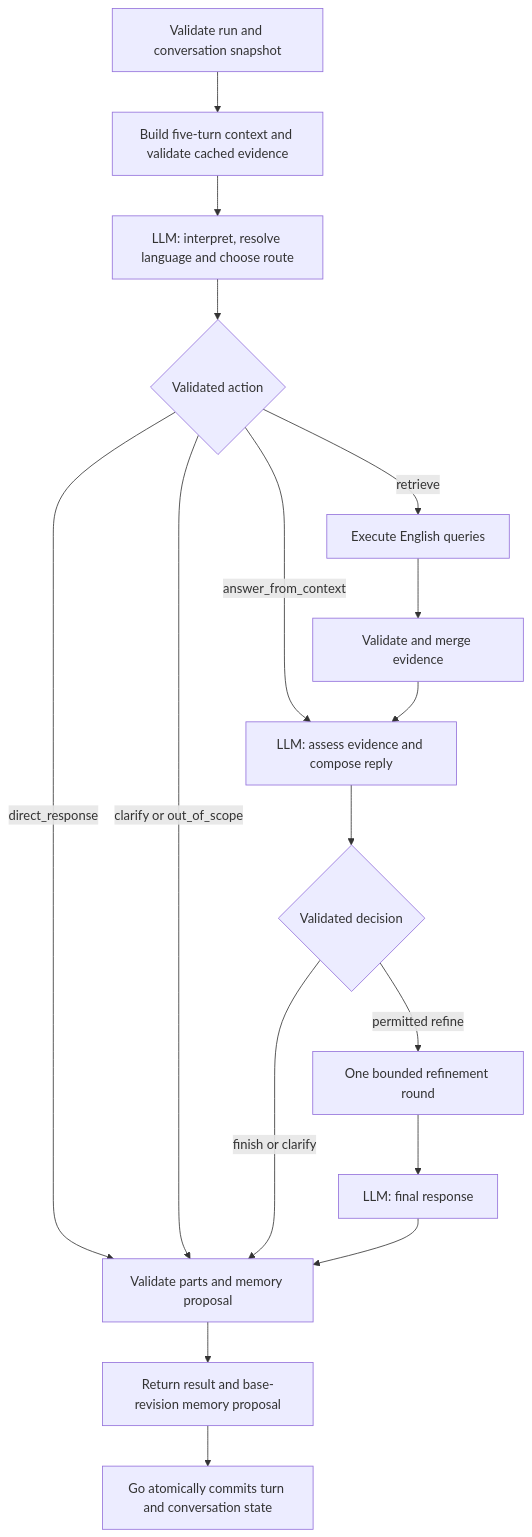
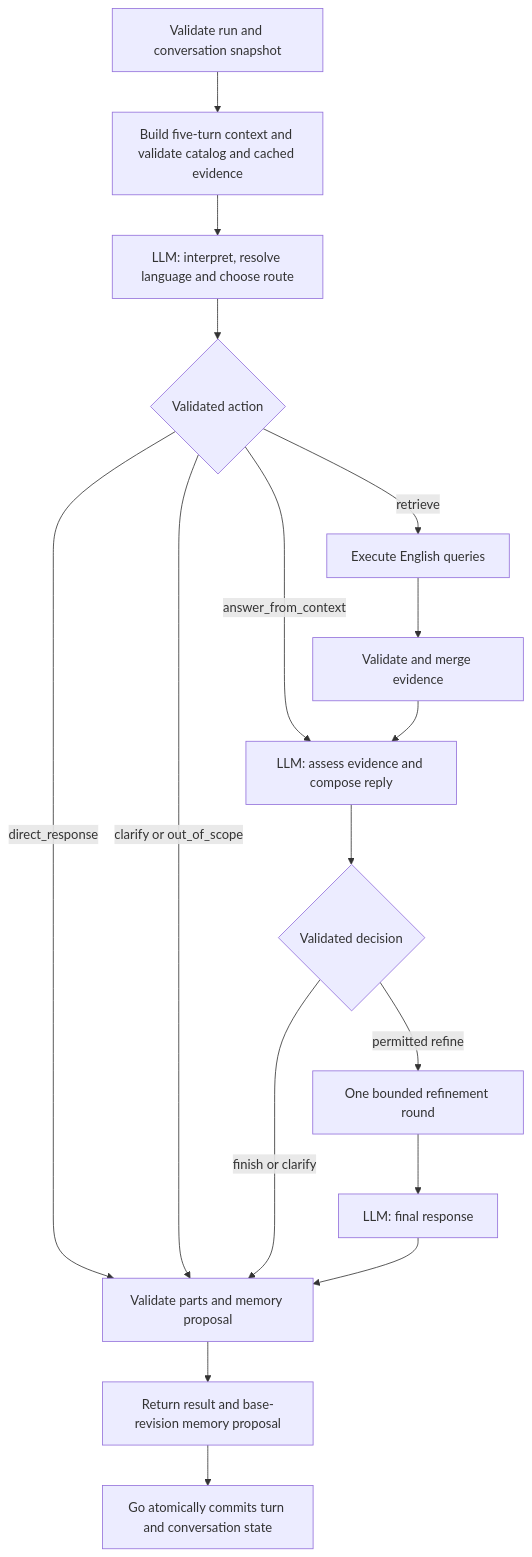
The second of 2 diagrams in docs/agent-design.md (Jasonssssss9/musebridge), drawn with Mermaid before and after one commit. The commit also changed other lines of this file and 6 other files, not shown here.

```diff
--- a/docs/agent-design.md
+++ b/docs/agent-design.md
@@ -80,19 +82,19 @@
 ~~~mermaid
 flowchart TD
-    Start[Validate run and conversation snapshot] --> Context[Build five-turn context and validate cached evidence]
+    Start[Validate run and conversation snapshot] --> Context[Build five-turn context and validate catalog and cached evidence]
     Context --> Plan[LLM: interpret, resolve language and choose route]
     Plan --> Route{Validated action}
     Route -->|direct_response| Finish[Validate parts and memory proposal]
     Route -->|clarify or out_of_scope| Finish
     Route -->|answer_from_context| Assess[LLM: assess evidence and compose reply]
     Route -->|retrieve| Search[Execute English queries]
     Search --> Merge[Validate and merge evidence]
     Merge --> Assess
     Assess --> Choice{Validated decision}
     Choice -->|finish or clarify| Finish
     Choice -->|permitted refine| Search2[One bounded refinement round]
     Search2 --> Final[LLM: final response]
     Final --> Finish
     Finish --> Result[Return result and base-revision memory proposal]
     Result --> Commit[Go atomically commits turn and conversation state]
 ~~~
```
